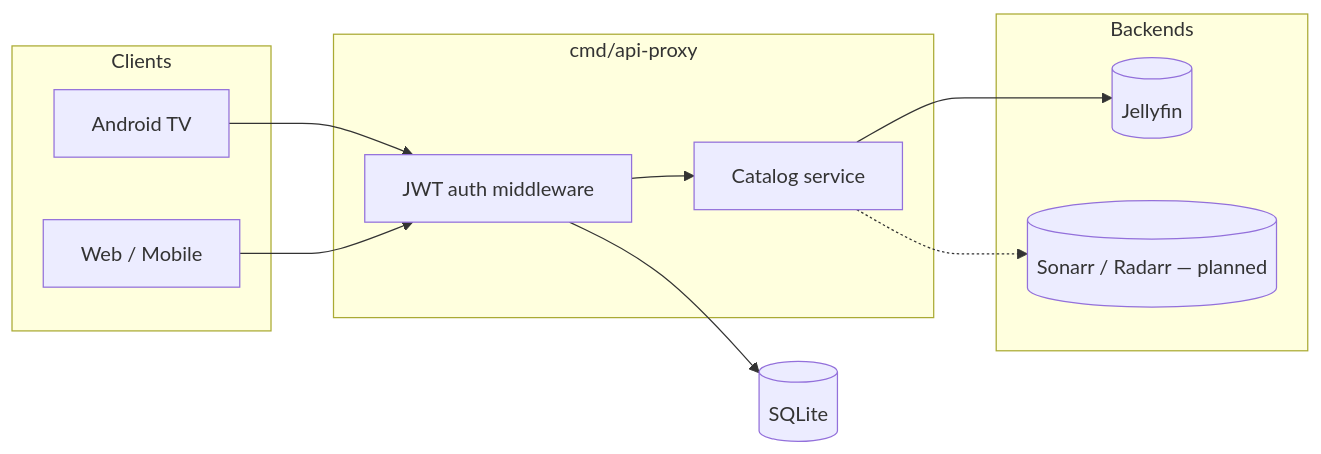
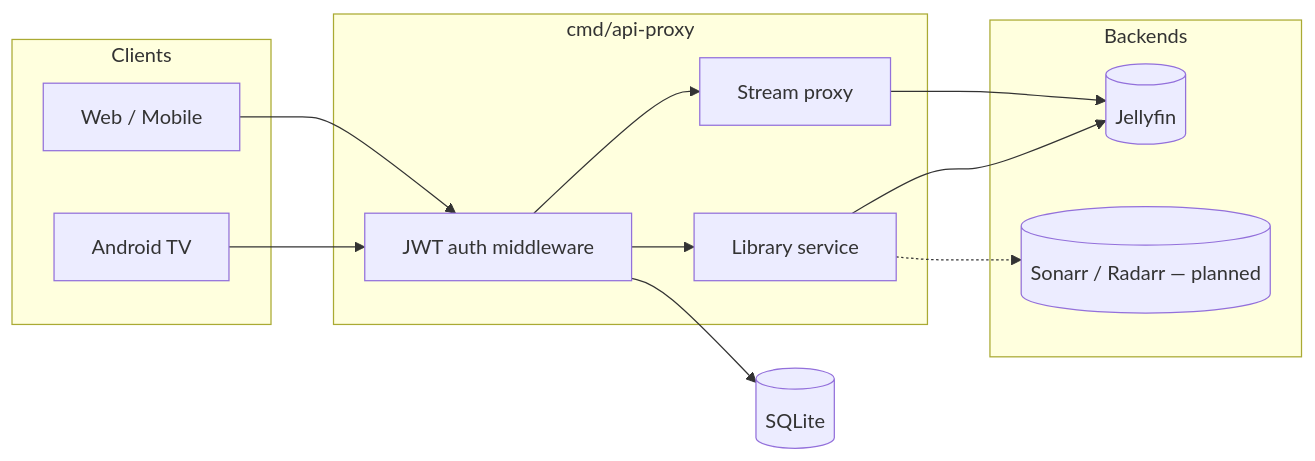
Before and after one commit to Stoganet/api-proxy: the diagram in README.md, drawn with Mermaid. The commit also changed other lines of this file and 2 other files, not shown here.

First line of the commit message:
docs: update README and CLAUDE.md to reflect stream endpoint changes

````diff
--- a/README.md
+++ b/README.md
@@ -11,26 +11,29 @@
 ```mermaid
 flowchart LR
   subgraph Clients
     TV[Android TV]
     Web[Web / Mobile]
   end
 
   subgraph proxy["cmd/api-proxy"]
     Auth[JWT auth middleware]
-    Catalog[Catalog service]
+    Library[Library service]
+    Stream[Stream proxy]
   end
 
   subgraph Backends
     JF[(Jellyfin)]
     Arr[(Sonarr / Radarr — planned)]
   end
 
   DB[(SQLite)]
 
   TV --> Auth
   Web --> Auth
-  Auth --> Catalog
-  Catalog --> JF
-  Catalog -.-> Arr
+  Auth --> Library
+  Auth --> Stream
+  Library --> JF
+  Stream --> JF
+  Library -.-> Arr
   Auth --> DB
 ```
````
